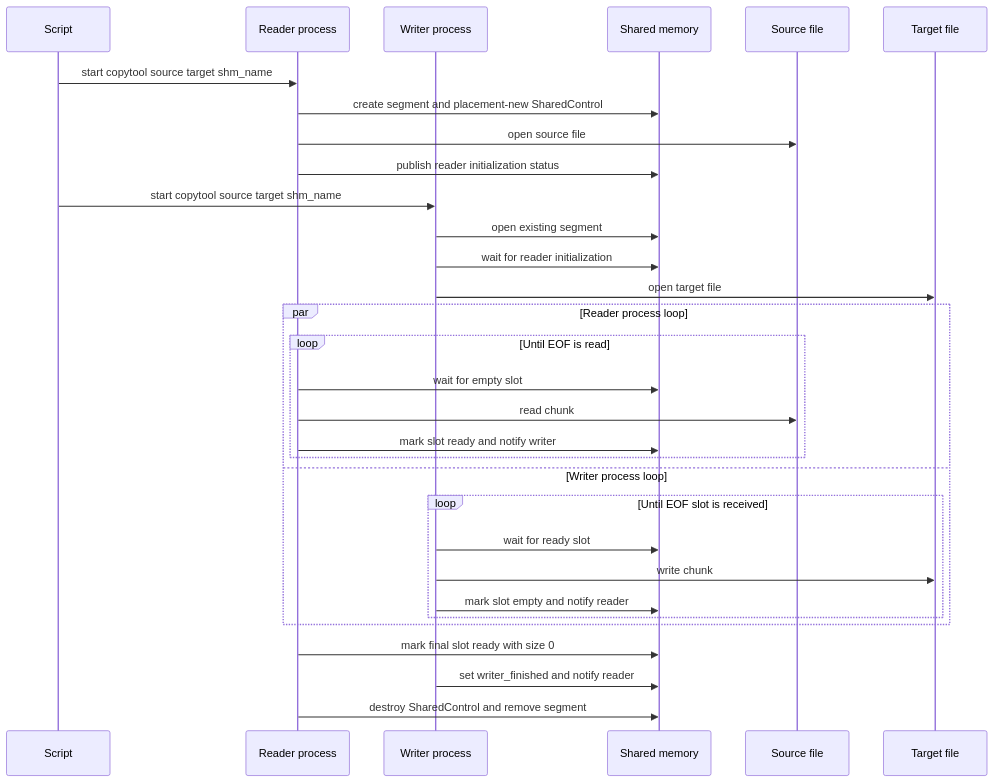
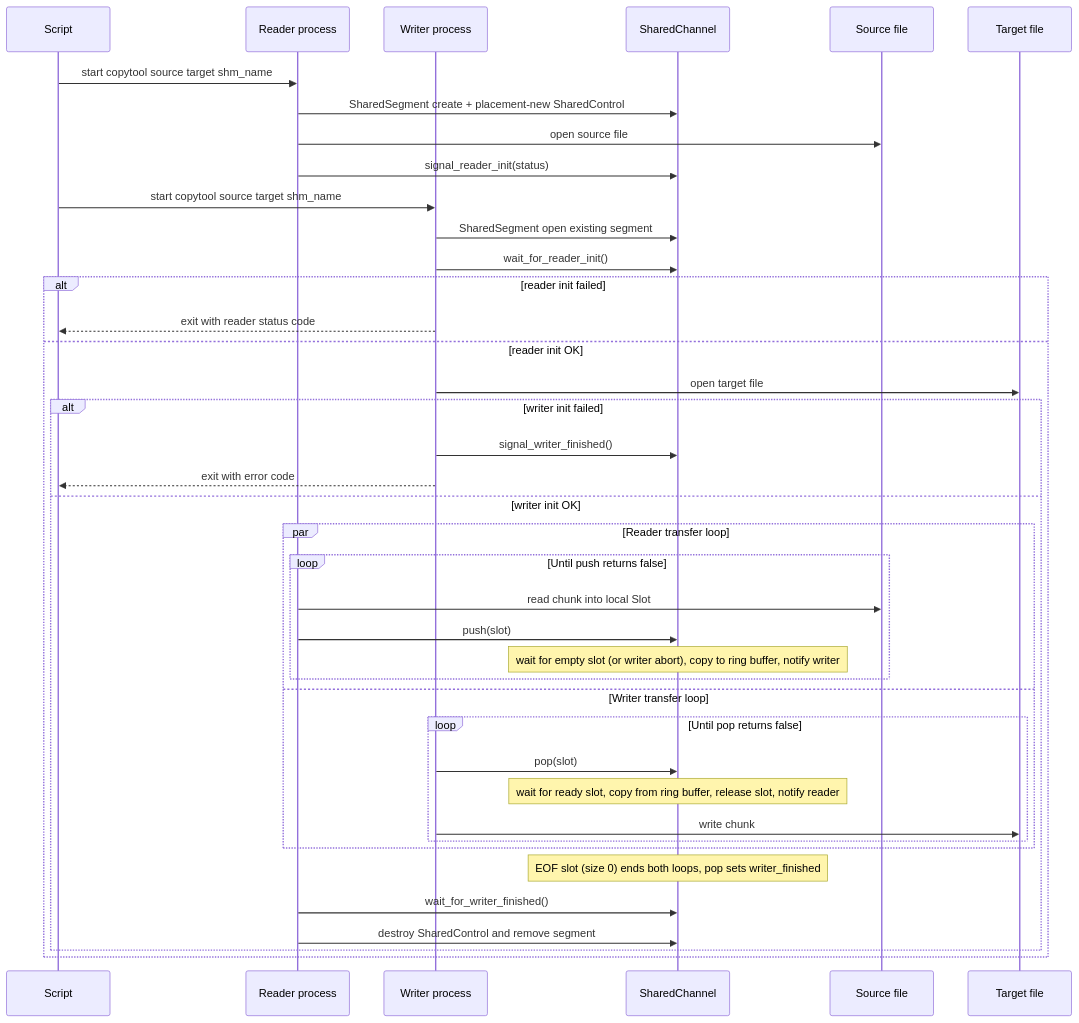
The diagram in copytool_ipc/readme.md (mk-epam/cpp_practice), drawn with Mermaid before and after one commit. The commit also changed 2 other files, not shown here.

Commit message:
fix review findings for shared memory task

````diff
--- a/copytool_ipc/readme.md
+++ b/copytool_ipc/readme.md
@@ -49,37 +51,44 @@
 ```mermaid
 sequenceDiagram
     participant Script as Script
     participant Reader as Reader process
     participant Writer as Writer process
-    participant Shared as Shared memory
+    participant Channel as SharedChannel
     participant Source as Source file
     participant Target as Target file
 
     Script->>Reader: start copytool source target shm_name
-    Reader->>Shared: create segment and placement-new SharedControl
+    Reader->>Channel: SharedSegment create + placement-new SharedControl
     Reader->>Source: open source file
-    Reader->>Shared: publish reader initialization status
+    Reader->>Channel: signal_reader_init(status)
 
     Script->>Writer: start copytool source target shm_name
-    Writer->>Shared: open existing segment
-    Writer->>Shared: wait for reader initialization
-    Writer->>Target: open target file
-
-    par Reader process loop
-        loop Until EOF is read
-            Reader->>Shared: wait for empty slot
-            Reader->>Source: read chunk
-            Reader->>Shared: mark slot ready and notify writer
-        end
-    and Writer process loop
-        loop Until EOF slot is received
-            Writer->>Shared: wait for ready slot
-            Writer->>Target: write chunk
-            Writer->>Shared: mark slot empty and notify reader
+    Writer->>Channel: SharedSegment open existing segment
+    Writer->>Channel: wait_for_reader_init()
+    alt reader init failed
+        Writer-->>Script: exit with reader status code
+    else reader init OK
+        Writer->>Target: open target file
+        alt writer init failed
+            Writer->>Channel: signal_writer_finished()
+            Writer-->>Script: exit with error code
+        else writer init OK
+            par Reader transfer loop
+                loop Until push returns false
+                    Reader->>Source: read chunk into local Slot
+                    Reader->>Channel: push(slot)
+                    Note over Channel: wait for empty slot (or writer abort), copy to ring buffer, notify writer
+                end
+            and Writer transfer loop
+                loop Until pop returns false
+                    Writer->>Channel: pop(slot)
+                    Note over Channel: wait for ready slot, copy from ring buffer, release slot, notify reader
+                    Writer->>Target: write chunk
+                end
+            end
+            Note over Channel: EOF slot (size 0) ends both loops, pop sets writer_finished
+            Reader->>Channel: wait_for_writer_finished()
+            Reader->>Channel: destroy SharedControl and remove segment
         end
     end
-
-    Reader->>Shared: mark final slot ready with size 0
-    Writer->>Shared: set writer_finished and notify reader
-    Reader->>Shared: destroy SharedControl and remove segment
 ```
````
